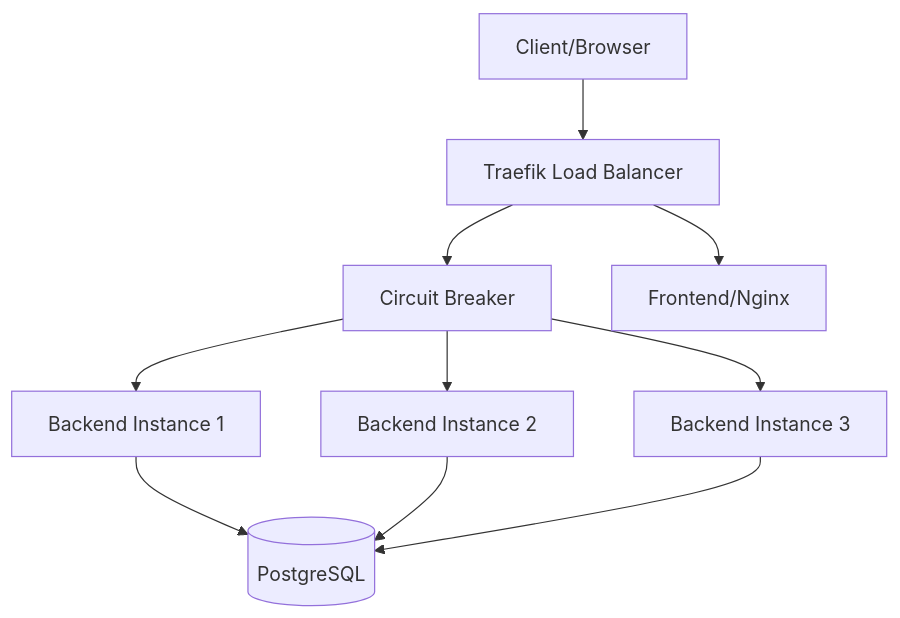
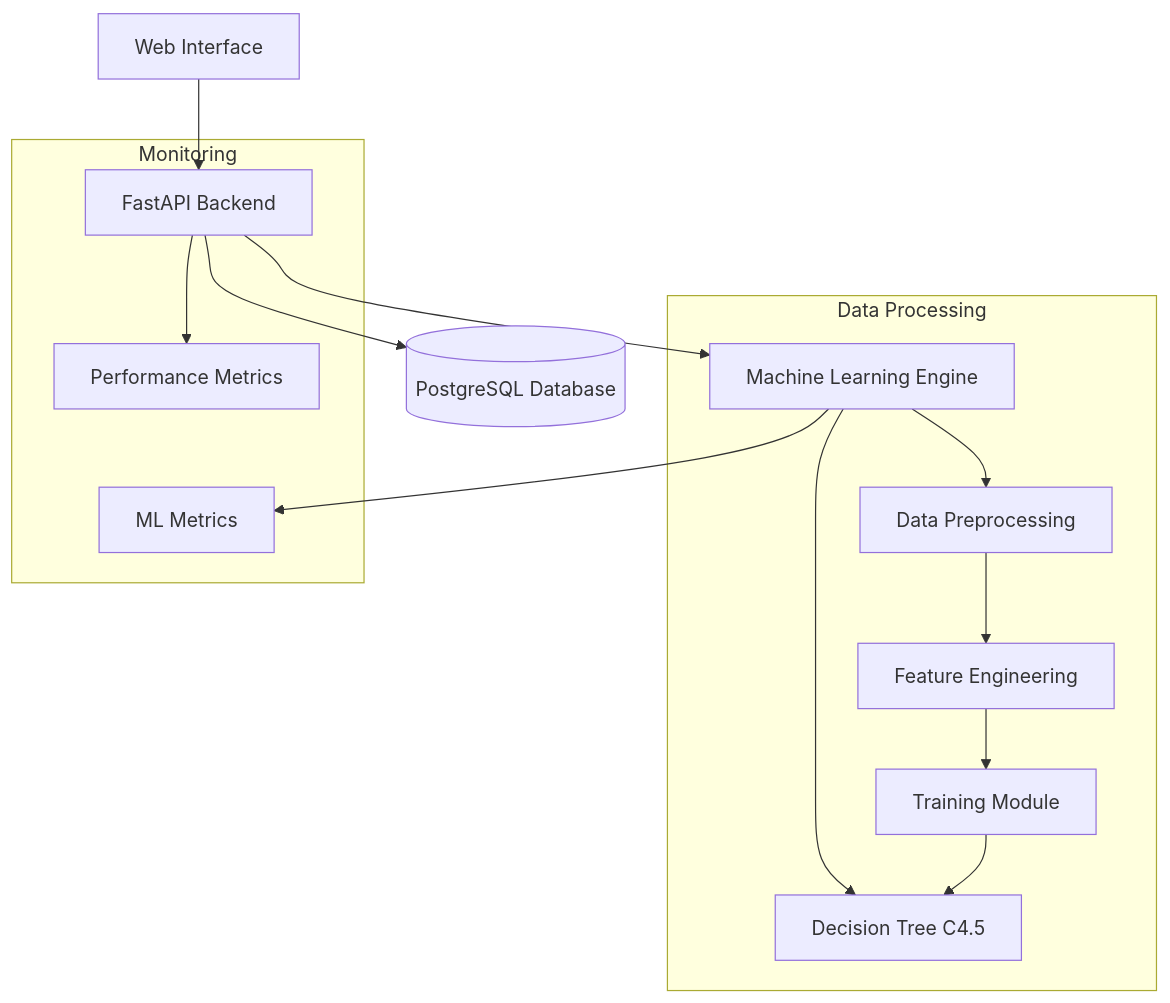
Before and after one commit to mrcoco/prediksi: the diagram in docs/SCIENTIFIC_TESTING_REPORT.md, drawn with Mermaid. The commit also changed other lines of this file and 1 other file, not shown here.

````diff
--- a/docs/SCIENTIFIC_TESTING_REPORT.md
+++ b/docs/SCIENTIFIC_TESTING_REPORT.md
@@ -42,12 +48,19 @@
 ```mermaid
 graph TD
-    Client[Client/Browser] --> Traefik[Traefik Load Balancer]
-    Traefik --> CB[Circuit Breaker]
-    CB --> Backend1[Backend Instance 1]
-    CB --> Backend2[Backend Instance 2]
-    CB --> Backend3[Backend Instance 3]
-    Backend1 --> DB[(PostgreSQL)]
-    Backend2 --> DB
-    Backend3 --> DB
-    Traefik --> Frontend[Frontend/Nginx]
+    Client[Web Interface] --> API[FastAPI Backend]
+    API --> ML[Machine Learning Engine]
+    ML --> DT[Decision Tree C4.5]
+    API --> DB[(PostgreSQL Database)]
+    
+    subgraph Data Processing
+    ML --> DP[Data Preprocessing]
+    DP --> FE[Feature Engineering]
+    FE --> TR[Training Module]
+    TR --> DT
+    end
+    
+    subgraph Monitoring
+    API --> Metrics[Performance Metrics]
+    ML --> MLMetrics[ML Metrics]
+    end
 ```
````
